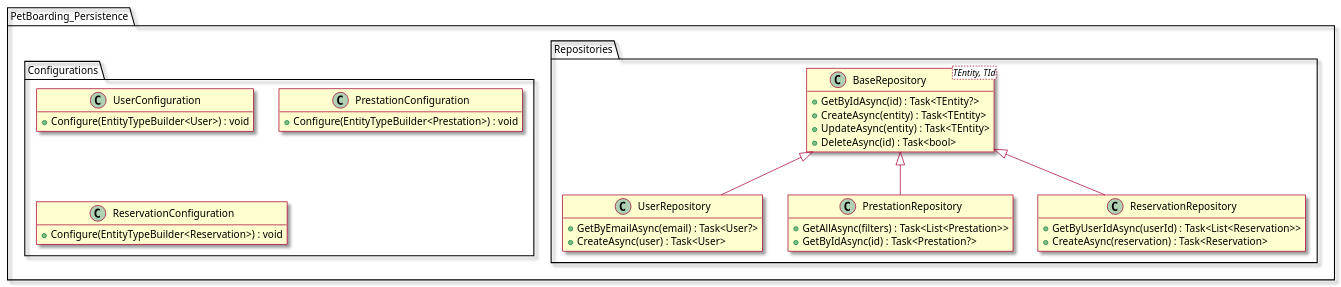
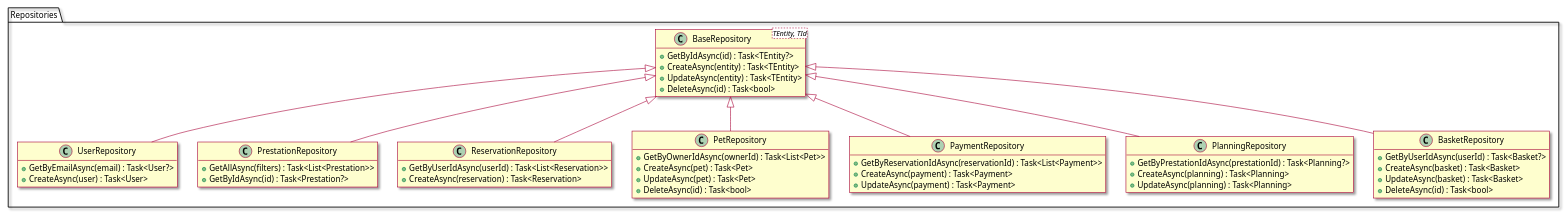
Before and after one commit to KevinG-FR/PetBoarding: diagram 36 of 56 in Conception PetBoarding.md, drawn with PlantUML. The commit also changed other lines of this file, not shown here.

````diff
--- a/Conception PetBoarding.md
+++ b/Conception PetBoarding.md
@@ -1818,51 +2597,66 @@
 ```plantuml
 @startuml
+scale 0.8
 skin rose
 hide empty members
 
-package "PetBoarding_Persistence" {
   package "Repositories" {
     class BaseRepository<TEntity, TId> {
       + GetByIdAsync(id) : Task<TEntity?>
       + CreateAsync(entity) : Task<TEntity>
       + UpdateAsync(entity) : Task<TEntity>
       + DeleteAsync(id) : Task<bool>
     }
 
     class UserRepository {
       + GetByEmailAsync(email) : Task<User?>
       + CreateAsync(user) : Task<User>
     }
 
     class PrestationRepository {
       + GetAllAsync(filters) : Task<List<Prestation>>
       + GetByIdAsync(id) : Task<Prestation?>
     }
 
     class ReservationRepository {
       + GetByUserIdAsync(userId) : Task<List<Reservation>>
       + CreateAsync(reservation) : Task<Reservation>
     }
 
+    class PetRepository {
+      + GetByOwnerIdAsync(ownerId) : Task<List<Pet>>
+      + CreateAsync(pet) : Task<Pet>
+      + UpdateAsync(pet) : Task<Pet>
+      + DeleteAsync(id) : Task<bool>
+    }
+
+    class PaymentRepository {
+      + GetByReservationIdAsync(reservationId) : Task<List<Payment>>
+      + CreateAsync(payment) : Task<Payment>
+      + UpdateAsync(payment) : Task<Payment>
+    }
+
+    class PlanningRepository {
+      + GetByPrestationIdAsync(prestationId) : Task<Planning?>
+      + CreateAsync(planning) : Task<Planning>
+      + UpdateAsync(planning) : Task<Planning>
+    }
+
+    class BasketRepository {
+      + GetByUserIdAsync(userId) : Task<Basket?>
+      + CreateAsync(basket) : Task<Basket>
+      + UpdateAsync(basket) : Task<Basket>
+      + DeleteAsync(id) : Task<bool>
+    }
+
     BaseRepository <|-- UserRepository
     BaseRepository <|-- PrestationRepository
     BaseRepository <|-- ReservationRepository
-  }
-
-  package "Configurations" {
-    class UserConfiguration {
-      + Configure(EntityTypeBuilder<User>) : void
-    }
-
-    class PrestationConfiguration {
-      + Configure(EntityTypeBuilder<Prestation>) : void
-    }
-
-    class ReservationConfiguration {
-      + Configure(EntityTypeBuilder<Reservation>) : void
-    }
+    BaseRepository <|-- PetRepository
+    BaseRepository <|-- PaymentRepository
+    BaseRepository <|-- PlanningRepository
+    BaseRepository <|-- BasketRepository
   }
 }
-
 @enduml
 ```
````
